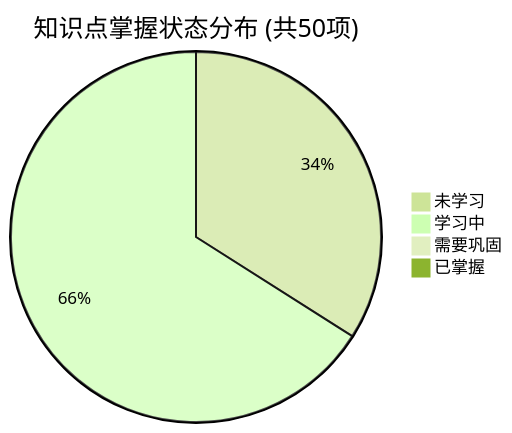
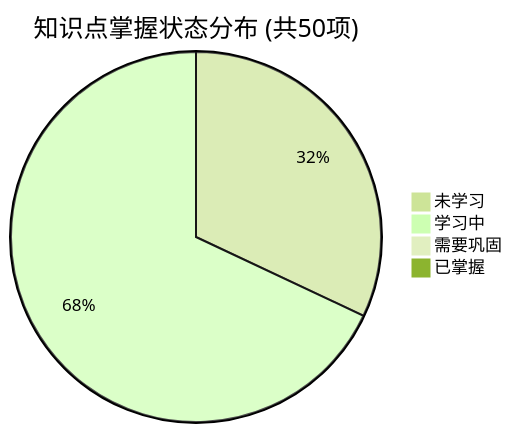
One commit to tieke1121/tech-interview-knowledge-base changed the first of 2 diagrams in PROGRESS.md. Above: the diagram before and after it, drawn with Mermaid (forest theme). The commit also changed other lines of this file and 1 other file, not shown here.

Commit message:
feat(day38): add RAG architecture, vector search, HNSW index & hybrid retrieval document

````diff
--- a/PROGRESS.md
+++ b/PROGRESS.md
@@ -23,7 +23,7 @@
 ```mermaid
 pie title 知识点掌握状态分布 (共50项)
-    "未学习" : 17
-    "学习中" : 33
+    "未学习" : 16
+    "学习中" : 34
     "需要巩固" : 0
     "已掌握" : 0
 ```
````
